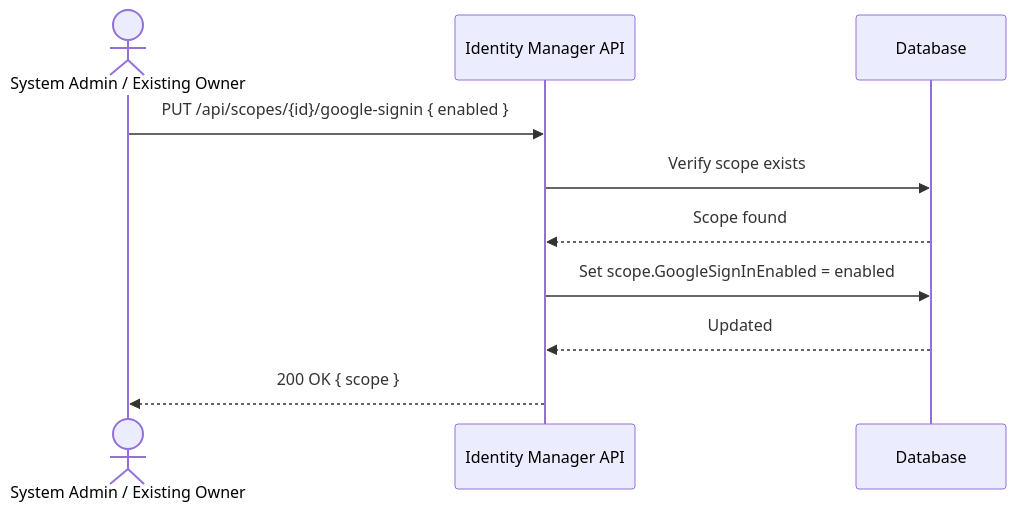
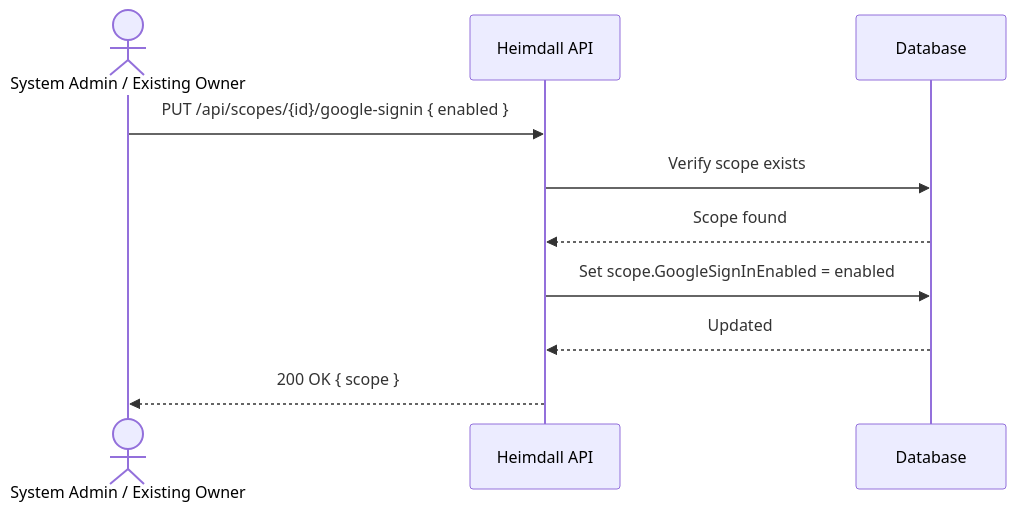
One commit to artur-rios/heimdall-api changed diagram 13 of 20 in docs/requirements/Use Case Specification Document.md. Above: the diagram before and after it, drawn with Mermaid. The commit also changed other lines of this file and 743 other files, not shown here.

First line of the commit message:
chore: rename project from IdentityManager to Heimdall

````diff
--- a/docs/requirements/Use Case Specification Document.md
+++ b/docs/requirements/Use Case Specification Document.md
@@ -1148,13 +1148,13 @@
 ```mermaid
 sequenceDiagram
     actor Admin as System Admin / Existing Owner
-    participant API as Identity Manager API
+    participant API as Heimdall API
     participant DB as Database
 
     Admin->>API: PUT /api/scopes/{id}/google-signin { enabled }
     API->>DB: Verify scope exists
     DB-->>API: Scope found
     API->>DB: Set scope.GoogleSignInEnabled = enabled
     DB-->>API: Updated
     API-->>Admin: 200 OK { scope }
 ```
````
